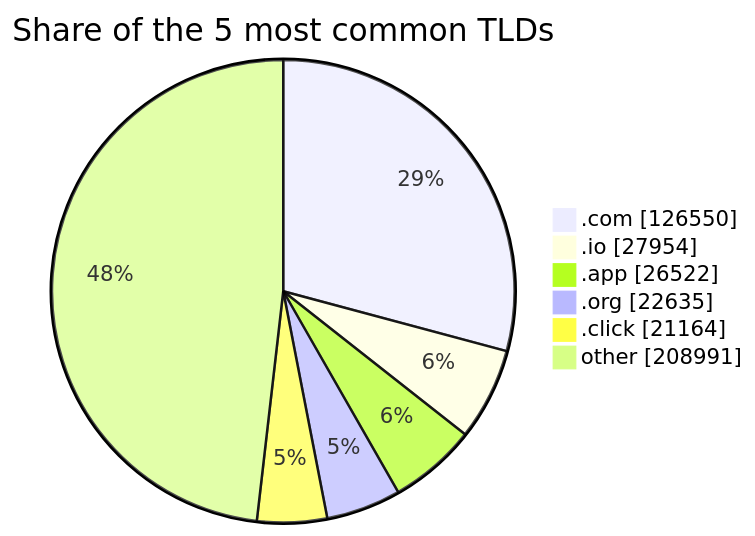
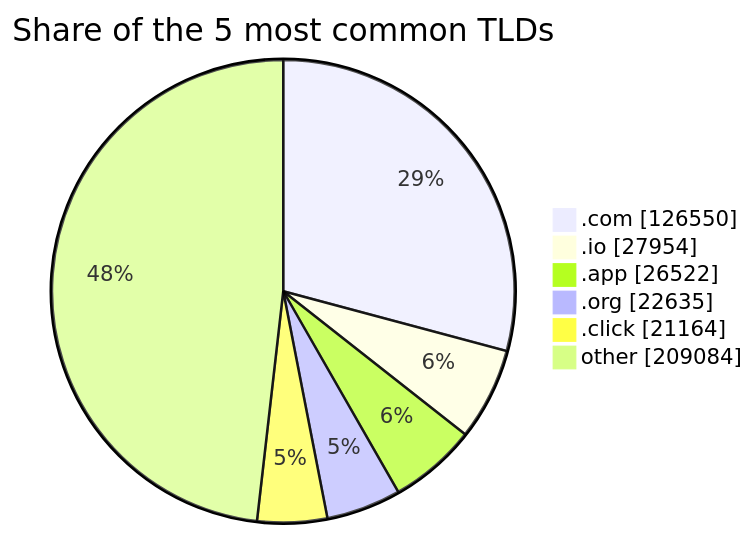
Before and after one commit to DNSBunker/CTI: the third of 3 diagrams in README.md, drawn with Mermaid. The commit also changed other lines of this file and 3 other files, not shown here.

````diff
--- a/README.md
+++ b/README.md
@@ -81,9 +81,9 @@
 ```mermaid
 pie showData title Share of the 5 most common TLDs
     ".com" : 126550
     ".io" : 27954
     ".app" : 26522
     ".org" : 22635
     ".click" : 21164
-    "other" : 208991
+    "other" : 209084
 ```
````
